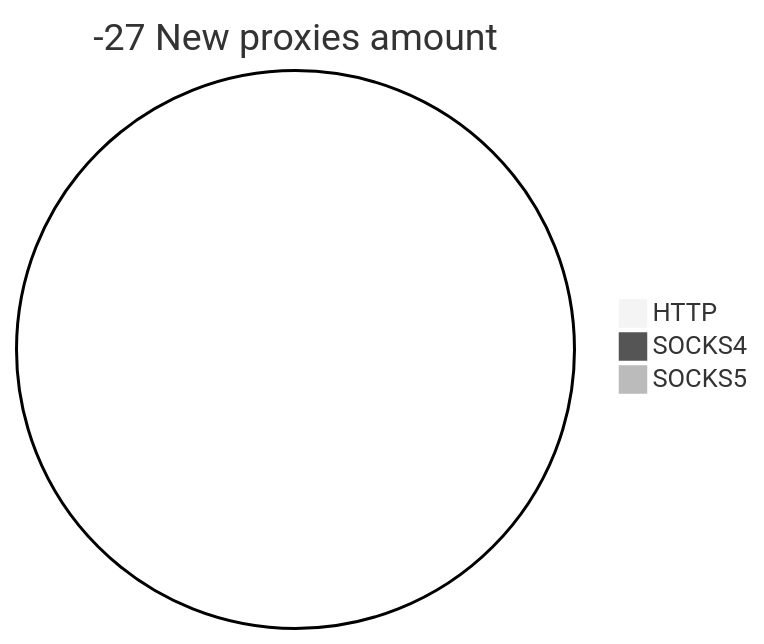
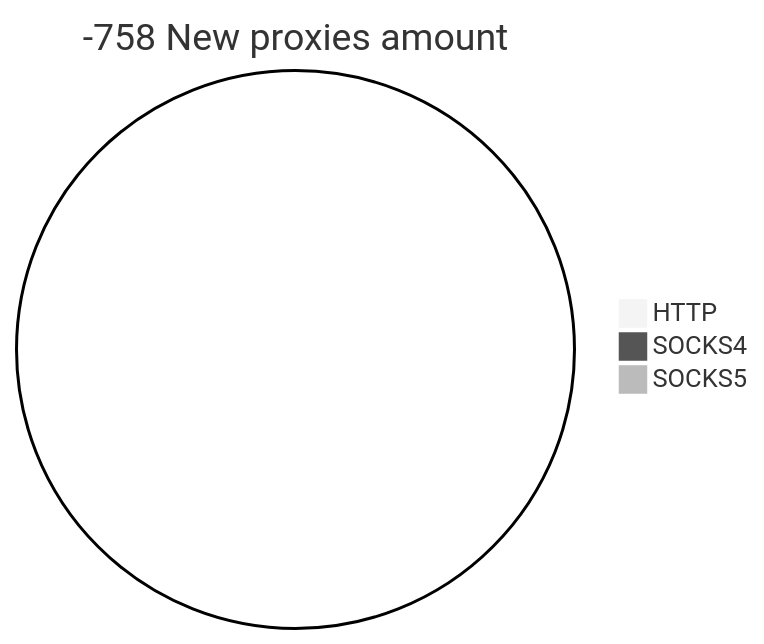
The second of 2 diagrams in README.md (cutipu/proxylist), drawn with Mermaid (neutral theme) before and after one commit. The commit also changed other lines of this file, not shown here.

````diff
--- a/README.md
+++ b/README.md
@@ -10,6 +10,6 @@
 ```mermaid
-pie title -27 New proxies amount
+pie title -758 New proxies amount
     "HTTP" : 0
     "SOCKS4" : 0
     "SOCKS5" : 0
 ```
````
